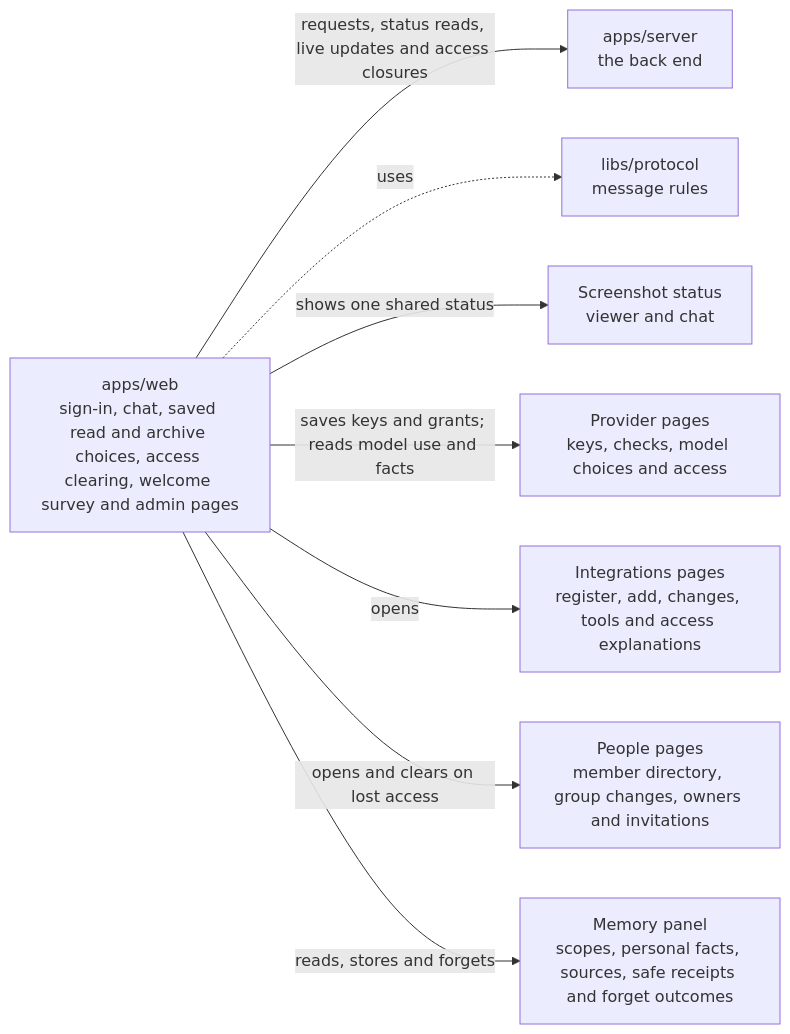
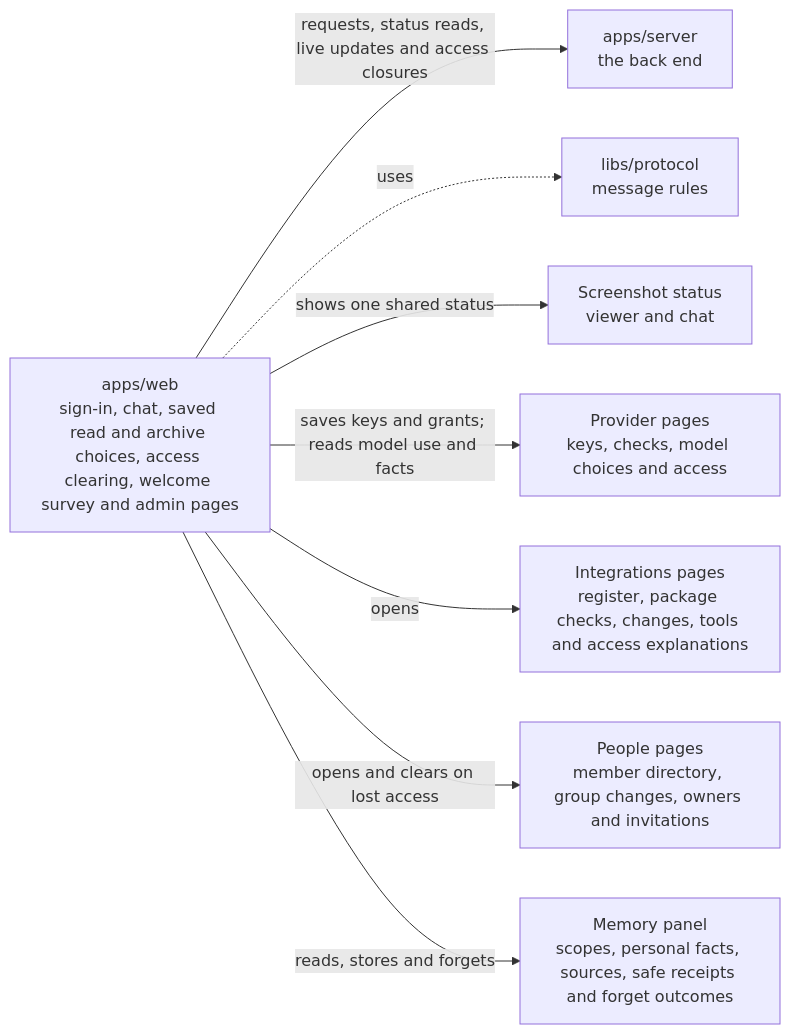
The diagram in apps/web/README.md (elewa-git/opencrane-new), drawn with Mermaid before and after one commit. The commit also changed other lines of this file and 13 other files, not shown here.

````diff
--- a/apps/web/README.md
+++ b/apps/web/README.md
@@ -11,10 +11,10 @@
 ```mermaid
 flowchart LR
   web["apps/web<br/>sign-in, chat, saved read and archive choices, access clearing, welcome survey and admin pages"] -->|requests, status reads, live updates and access closures| server["apps/server<br/>the back end"]
   web -.->|uses| protocol["libs/protocol<br/>message rules"]
   web -->|shows one shared status| capture["Screenshot status<br/>viewer and chat"]
   web -->|saves keys and grants; reads model use and facts| providers["Provider pages<br/>keys, checks, model choices and access"]
-  web -->|opens| integrations["Integrations pages<br/>register, add, changes, tools and access explanations"]
+  web -->|opens| integrations["Integrations pages<br/>register, package checks, changes, tools and access explanations"]
   web -->|opens and clears on lost access| people["People pages<br/>member directory, group changes, owners and invitations"]
   web -->|reads, stores and forgets| memory["Memory panel<br/>scopes, personal facts, sources, safe receipts and forget outcomes"]
 ```
````
